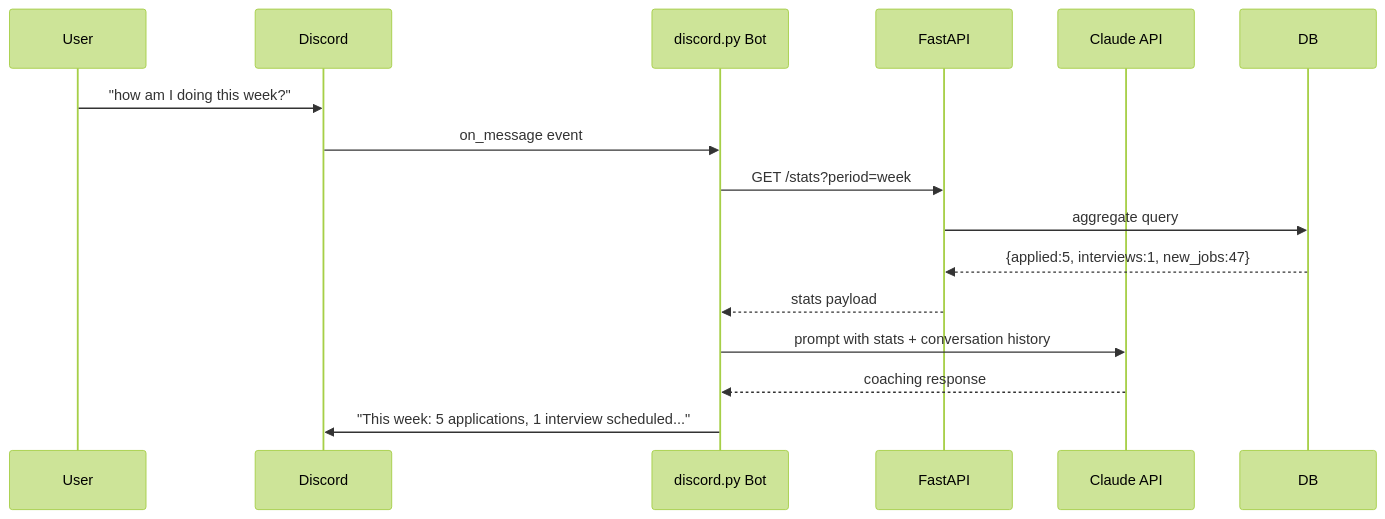
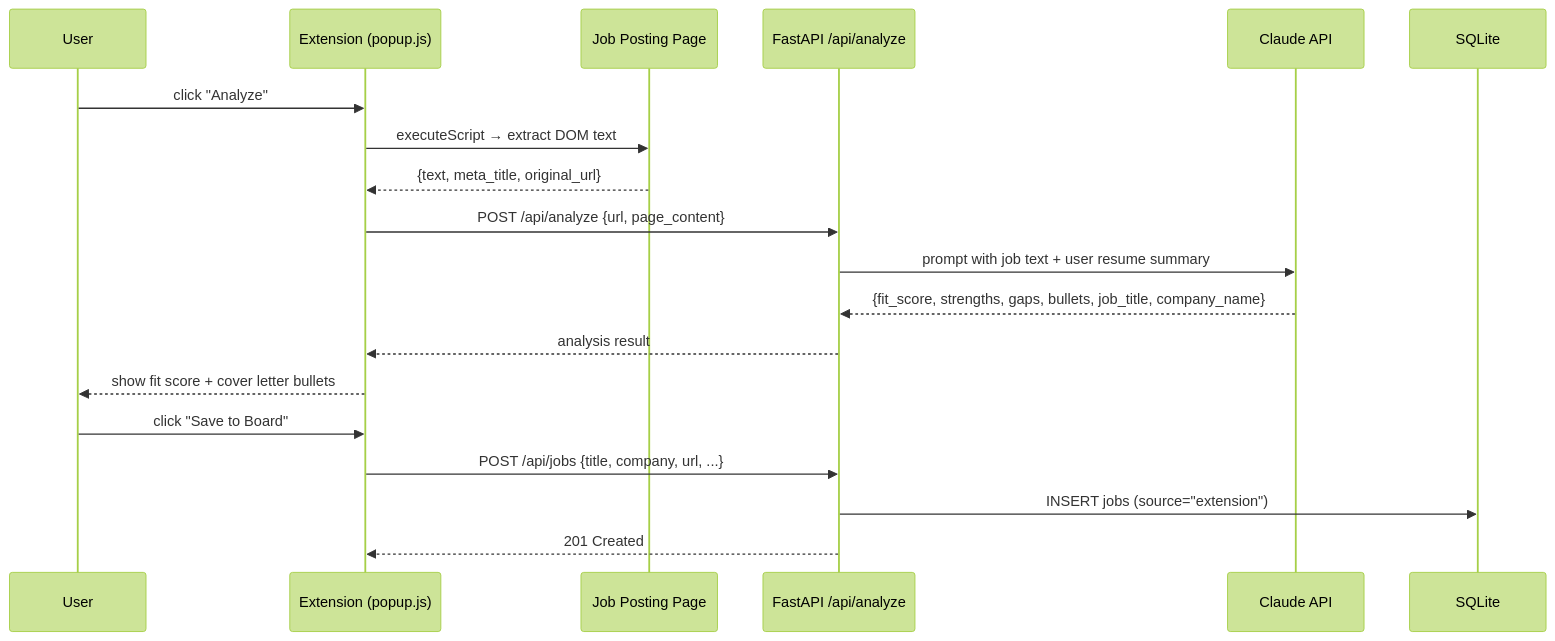
The third of 3 diagrams in docs/architecture.md (jimmymoonstation/job-hunt-partner), drawn with Mermaid (forest theme) before and after one commit. The commit also changed other lines of this file and 30 other files, not shown here.

````diff
--- a/docs/architecture.md
+++ b/docs/architecture.md
@@ -113,18 +271,22 @@
 ```mermaid
 sequenceDiagram
-    participant U as User
-    participant Discord as Discord #job-hunt
-    participant Bot as discord.py Bot
-    participant API as FastAPI
+    participant User
+    participant Ext as Extension (popup.js)
+    participant Page as Job Posting Page
+    participant API as FastAPI /api/analyze
     participant Claude as Claude API
+    participant DB as SQLite
 
-    U->>Discord: "how am I doing this week?"
-    Discord->>Bot: on_message event
-    Bot->>API: GET /stats?period=week
-    API->>DB: aggregate query
-    DB-->>API: {applied:5, interviews:1, new_jobs:47}
-    API-->>Bot: stats payload
-    Bot->>Claude: prompt with stats + conversation history
-    Claude-->>Bot: coaching response
-    Bot->>Discord: "This week: 5 applications, 1 interview scheduled..."
+    User->>Ext: click "Analyze"
+    Ext->>Page: executeScript → extract DOM text
+    Page-->>Ext: {text, meta_title, original_url}
+    Ext->>API: POST /api/analyze {url, page_content}
+    API->>Claude: prompt with job text + user resume summary
+    Claude-->>API: {fit_score, strengths, gaps, bullets, job_title, company_name}
+    API-->>Ext: analysis result
+    Ext-->>User: show fit score + cover letter bullets
+    User->>Ext: click "Save to Board"
+    Ext->>API: POST /api/jobs {title, company, url, ...}
+    API->>DB: INSERT jobs (source="extension")
+    API-->>Ext: 201 Created
 ```
````
